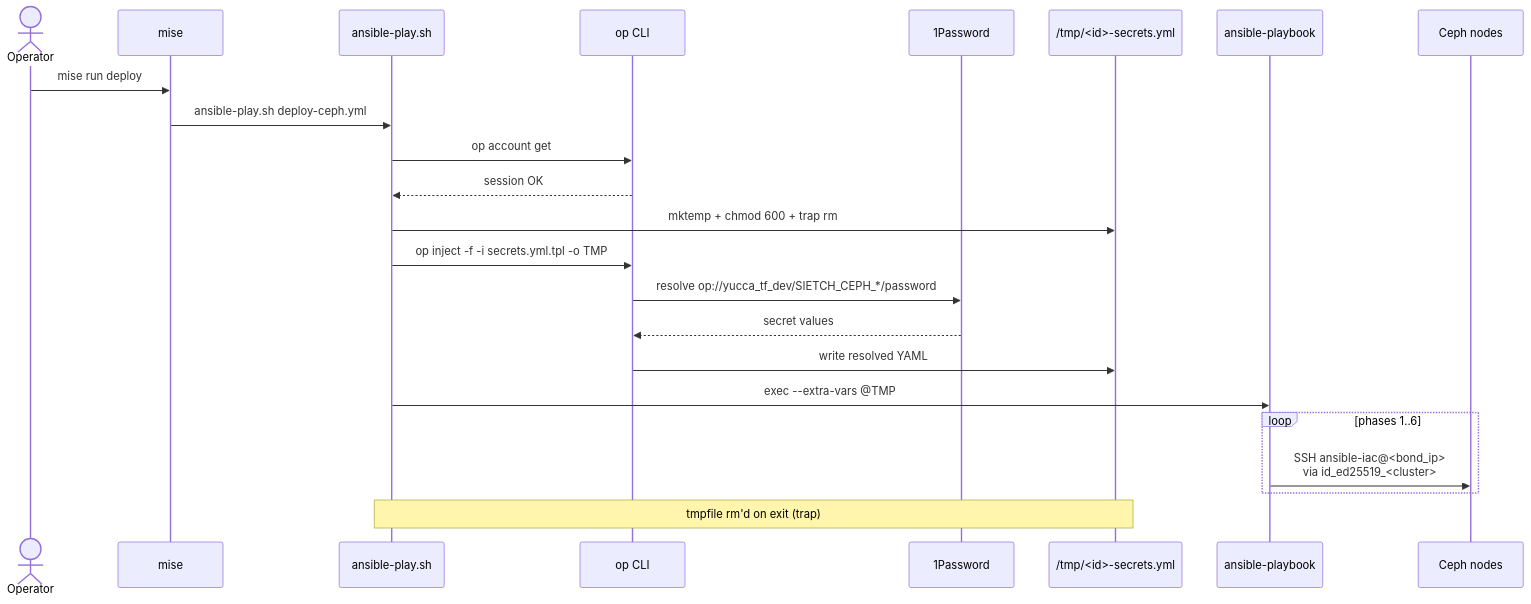
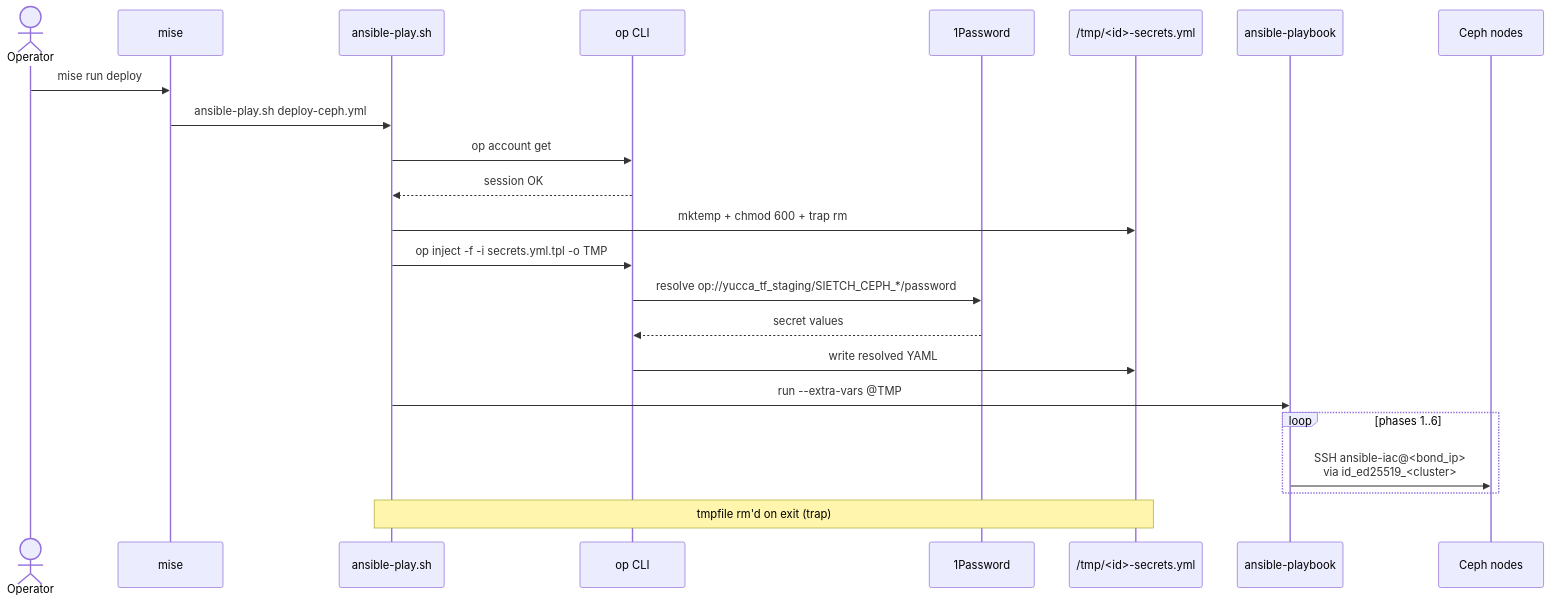
Before and after one commit to immich-app/yucca: the seventh of 11 diagrams in ansible/ceph/docs/architecture.md, drawn with Mermaid. The commit also changed other lines of this file and 36 other files, not shown here.

````diff
--- a/ansible/ceph/docs/architecture.md
+++ b/ansible/ceph/docs/architecture.md
@@ -547,26 +591,26 @@
 ```mermaid
 sequenceDiagram
     actor OP as Operator
     participant MISE as mise
     participant WRAP as ansible-play.sh
     participant OPCLI as op CLI
     participant ONEP as 1Password
     participant TMP as /tmp/<id>-secrets.yml
     participant ANS as ansible-playbook
     participant NODES as Ceph nodes
 
     OP->>MISE: mise run deploy
     MISE->>WRAP: ansible-play.sh deploy-ceph.yml
     WRAP->>OPCLI: op account get
     OPCLI-->>WRAP: session OK
     WRAP->>TMP: mktemp + chmod 600 + trap rm
     WRAP->>OPCLI: op inject -f -i secrets.yml.tpl -o TMP
-    OPCLI->>ONEP: resolve op://yucca_tf_dev/SIETCH_CEPH_*/password
+    OPCLI->>ONEP: resolve op://yucca_tf_staging/SIETCH_CEPH_*/password
     ONEP-->>OPCLI: secret values
     OPCLI->>TMP: write resolved YAML
-    WRAP->>ANS: exec --extra-vars @TMP
+    WRAP->>ANS: run --extra-vars @TMP
     loop phases 1..6
         ANS->>NODES: SSH ansible-iac@<bond_ip><br/>via id_ed25519_<cluster>
     end
     Note over WRAP,TMP: tmpfile rm'd on exit (trap)
 ```
````
